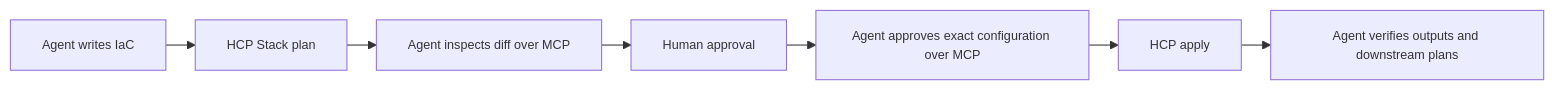
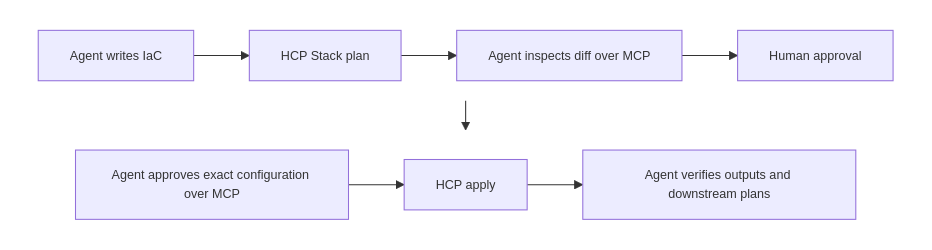
One commit to pilprod/yourown-chat changed the ninth of 10 diagrams in README.md. Above: the diagram before and after it, drawn with Mermaid. The commit also changed other lines of this file and 66 other files, not shown here.

````diff
--- a/README.md
+++ b/README.md
@@ -728,10 +737,21 @@
 ```mermaid
 %%{init: {"flowchart": {"nodeSpacing": 18, "rankSpacing": 28, "curve": "linear"}, "themeVariables": {"fontSize": "12px"}}}%%
-flowchart LR
-  C["Agent writes IaC"] --> P["HCP Stack plan"]
-  P --> I["Agent inspects diff over MCP"]
-  I --> H["Human approval"]
-  H --> A["Agent approves exact configuration over MCP"]
-  A --> R["HCP apply"]
-  R --> V["Agent verifies outputs and downstream plans"]
+flowchart TB
+  subgraph infrastructure_top[" "]
+    direction LR
+    C["Agent writes IaC"] --> P["HCP Stack plan"]
+    P --> I["Agent inspects diff over MCP"]
+    I --> H["Human approval"]
+  end
+
+  subgraph infrastructure_bottom[" "]
+    direction LR
+    A["Agent approves exact configuration over MCP"]
+    A --> R["HCP apply"]
+    R --> V["Agent verifies outputs and downstream plans"]
+  end
+
+  infrastructure_top --> infrastructure_bottom
+  style infrastructure_top fill:none,stroke:none
+  style infrastructure_bottom fill:none,stroke:none
 ```
````
